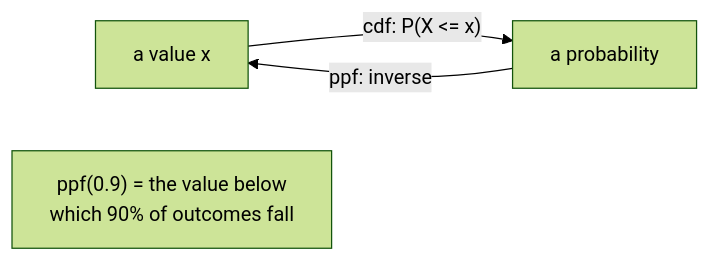
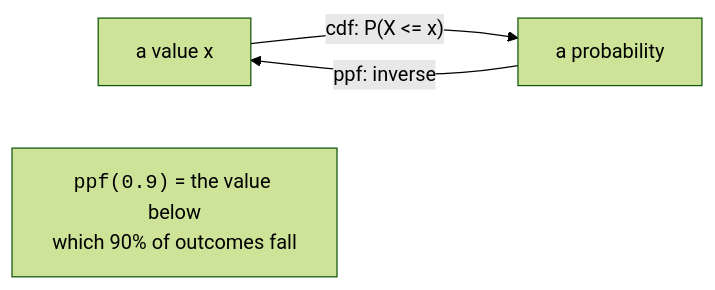
One commit to dataslope/dataslope changed the second of 2 diagrams in content/learn/statistics-for-data-science-python/continuous-distributions.mdx. Above: the diagram before and after it, drawn with Mermaid (forest theme). The commit also changed other lines of this file and 218 other files, not shown here.

First line of the commit message:
Render code-only mermaid shapes in monospace; convert step sequences to Steps (#467)

````diff
--- a/content/learn/statistics-for-data-science-python/continuous-distributions.mdx
+++ b/content/learn/statistics-for-data-science-python/continuous-distributions.mdx
@@ -220,6 +220,6 @@
 ```mermaid
 flowchart LR
   A["a value x"] -->|"cdf: P(X <= x)"| B["a probability"]
   B -->|"ppf: inverse"| A
-  C["ppf(0.9) = the value below<br/>which 90% of outcomes fall"]
+  C["<code>ppf(0.9)</code> = the value below<br/>which 90% of outcomes fall"]
 ```
````
